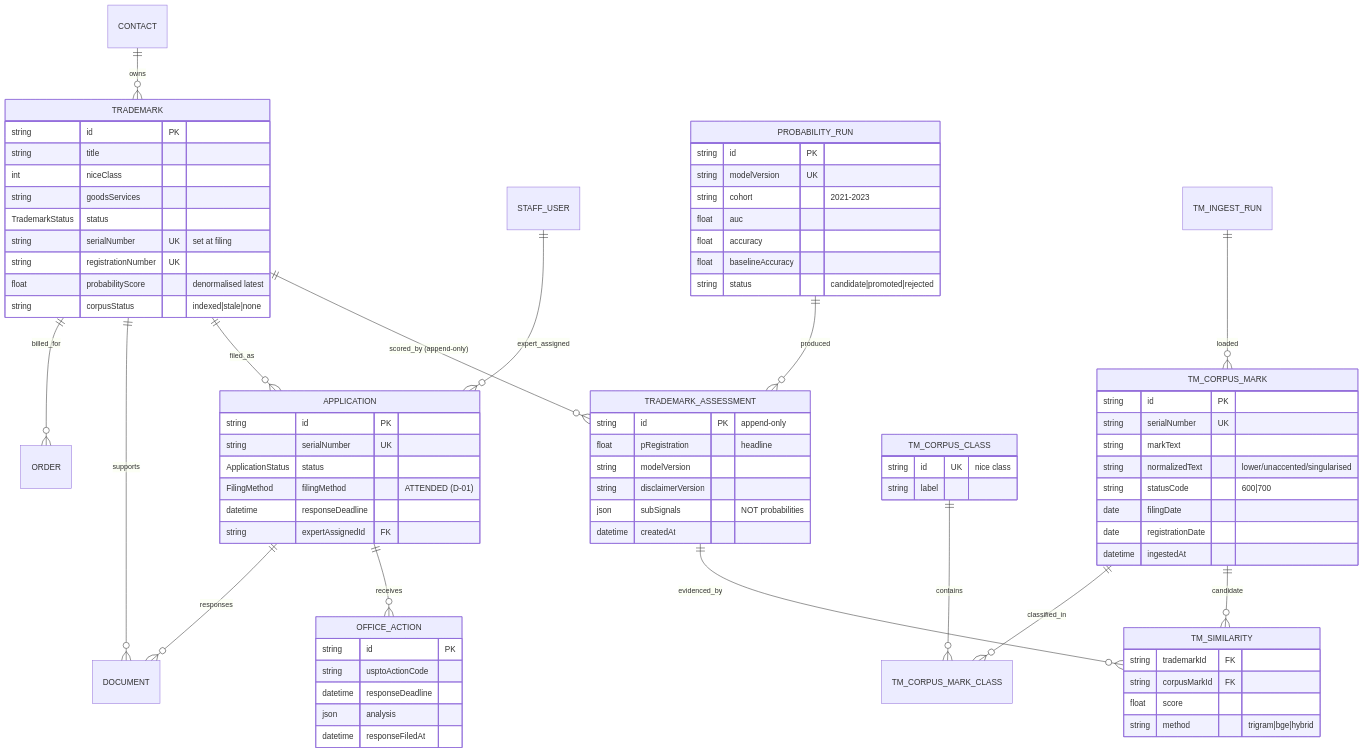
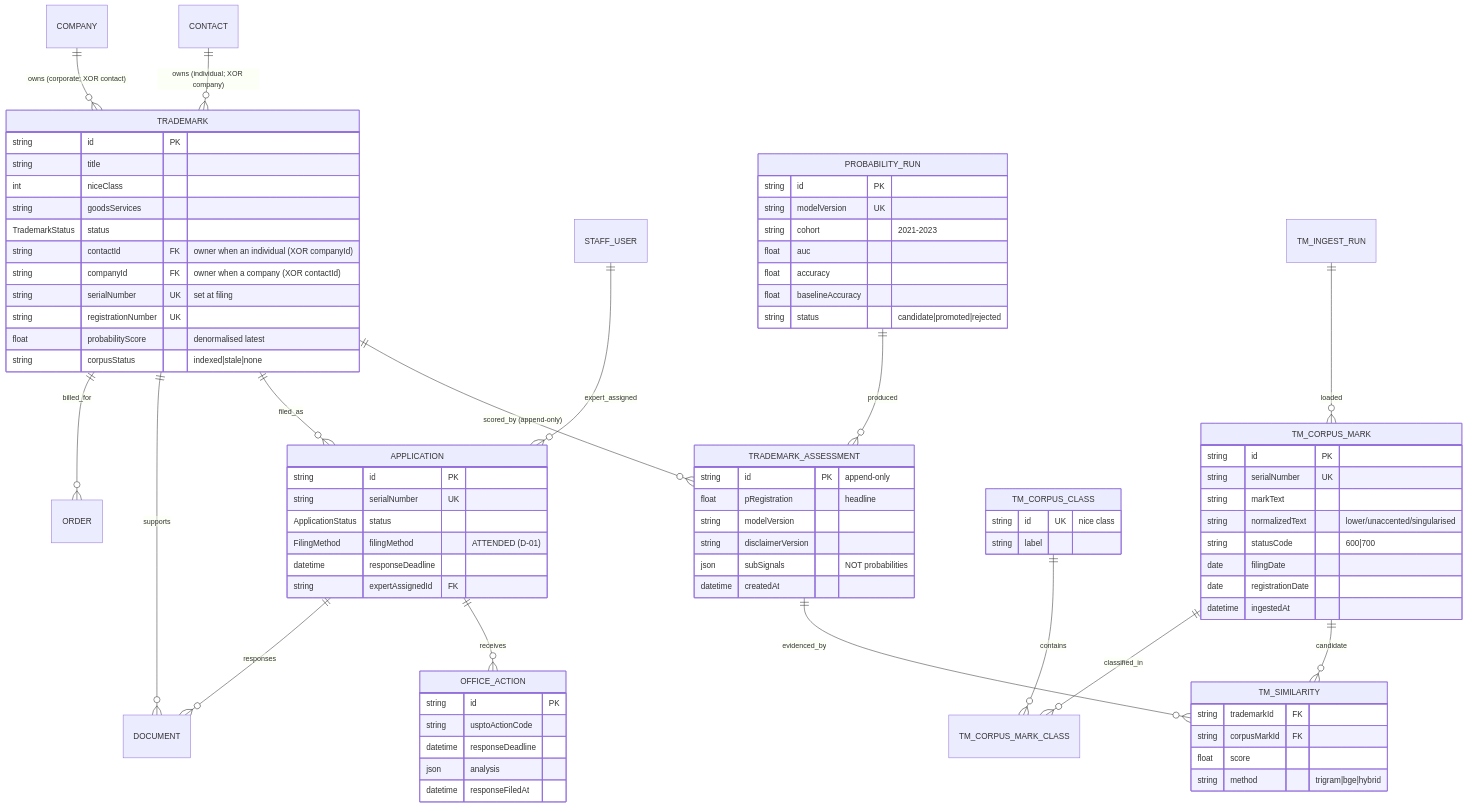
One commit to risk-free/Mark-us changed the second of 3 diagrams in docs/architecture/02-data-model.md. Above: the diagram before and after it, drawn with Mermaid. The commit also changed other lines of this file and 5 other files, not shown here.

````diff
--- a/docs/architecture/02-data-model.md
+++ b/docs/architecture/02-data-model.md
@@ -119,6 +155,7 @@
 ```mermaid
 erDiagram
-  CONTACT ||--o{ TRADEMARK : "owns"
+  CONTACT ||--o{ TRADEMARK : "owns (individual; XOR company)"
+  COMPANY ||--o{ TRADEMARK : "owns (corporate; XOR contact)"
   TRADEMARK ||--o{ TRADEMARK_ASSESSMENT : "scored_by (append-only)"
   TRADEMARK ||--o{ APPLICATION : "filed_as"
   TRADEMARK ||--o{ DOCUMENT : "supports"
@@ -139,6 +176,8 @@
     int niceClass
     string goodsServices
     TrademarkStatus status
+    string contactId FK "owner when an individual (XOR companyId)"
+    string companyId FK "owner when a company (XOR contactId)"
     string serialNumber UK "set at filing"
     string registrationNumber UK
     float probabilityScore "denormalised latest"
````
